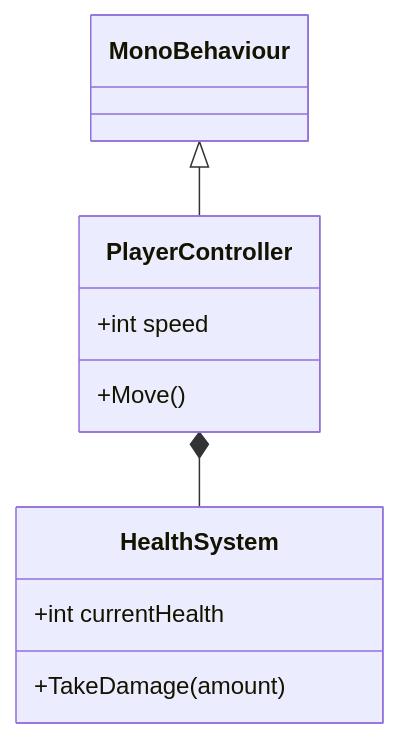
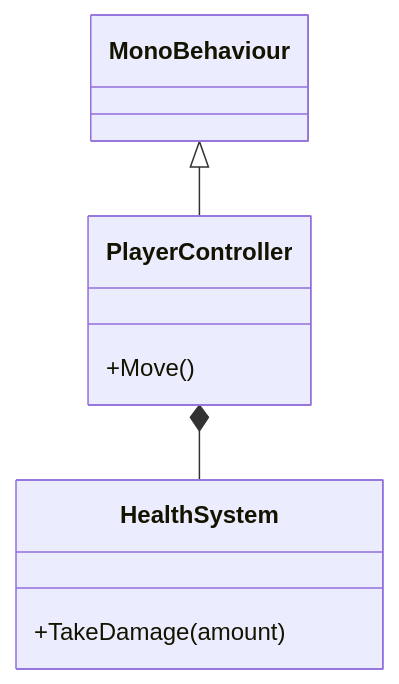
Before and after one commit to cuozg/oh-my-skills: the third of 4 diagrams in skills/other/mermaid/references/MERMAID_PATTERNS.md, drawn with Mermaid. The commit also changed other lines of this file and 144 other files, not shown here.

````diff
--- a/skills/other/mermaid/references/MERMAID_PATTERNS.md
+++ b/skills/other/mermaid/references/MERMAID_PATTERNS.md
@@ -40,11 +23,7 @@
 ```mermaid
 classDiagram
     MonoBehaviour <|-- PlayerController
     PlayerController *-- HealthSystem
-    PlayerController : +int speed
     PlayerController : +Move()
-    class HealthSystem{
-        +int currentHealth
-        +TakeDamage(amount)
-    }
+    class HealthSystem{ +TakeDamage(amount) }
 ```
````
